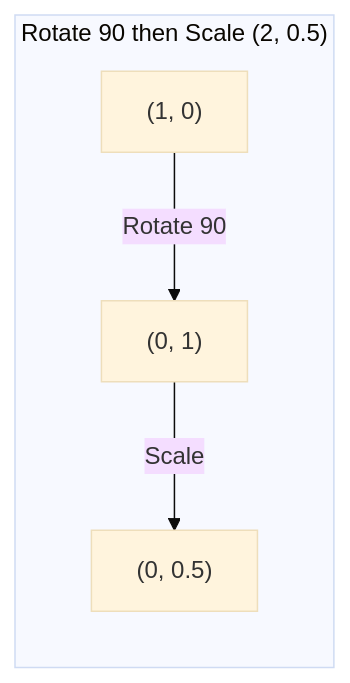
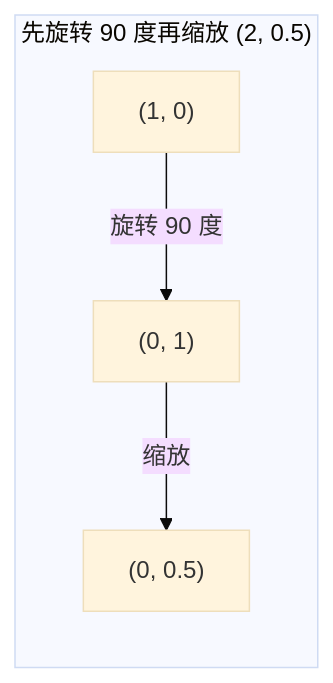
The sixth of 7 diagrams in phases/01-math-foundations/03-matrix-transformations/docs/zh-CN.md (SmallMX/ai-engineering-from-scratch), drawn with Mermaid (base theme) before and after one commit. The commit also changed other lines of this file and 1 other file, not shown here.

````diff
--- a/phases/01-math-foundations/03-matrix-transformations/docs/zh-CN.md
+++ b/phases/01-math-foundations/03-matrix-transformations/docs/zh-CN.md
@@ -143,6 +146,6 @@
 ```mermaid
 graph LR
-    subgraph Path1["Rotate 90 then Scale (2, 0.5)"]
-        P1["(1, 0)"] -->|"Rotate 90"| P2["(0, 1)"] -->|"Scale"| P3["(0, 0.5)"]
+    subgraph Path1["先旋转 90 度再缩放 (2, 0.5)"]
+        P1["(1, 0)"] -->|"旋转 90 度"| P2["(0, 1)"] -->|"缩放"| P3["(0, 0.5)"]
     end
 ```
````
